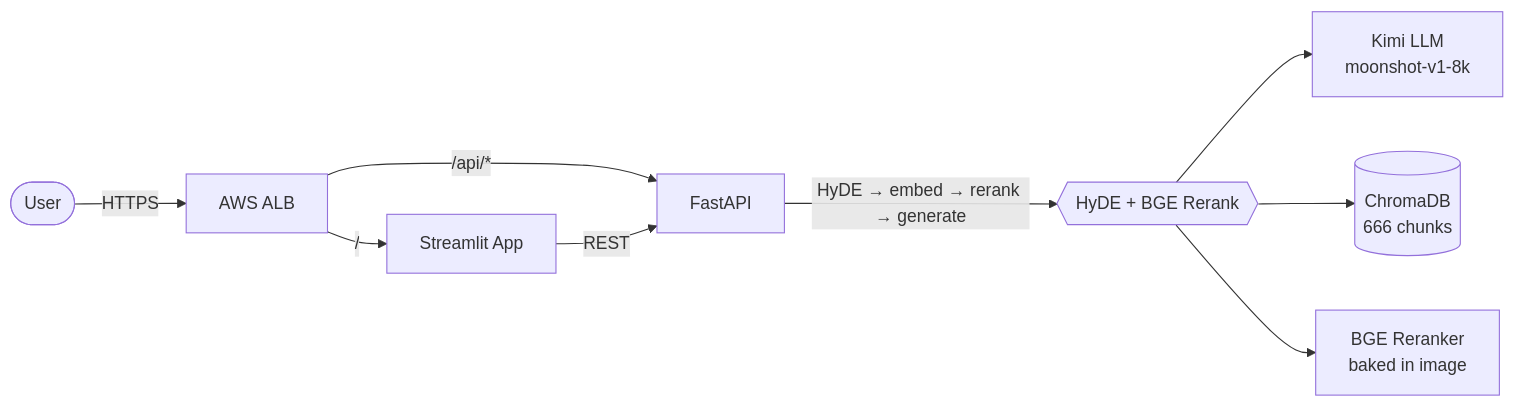
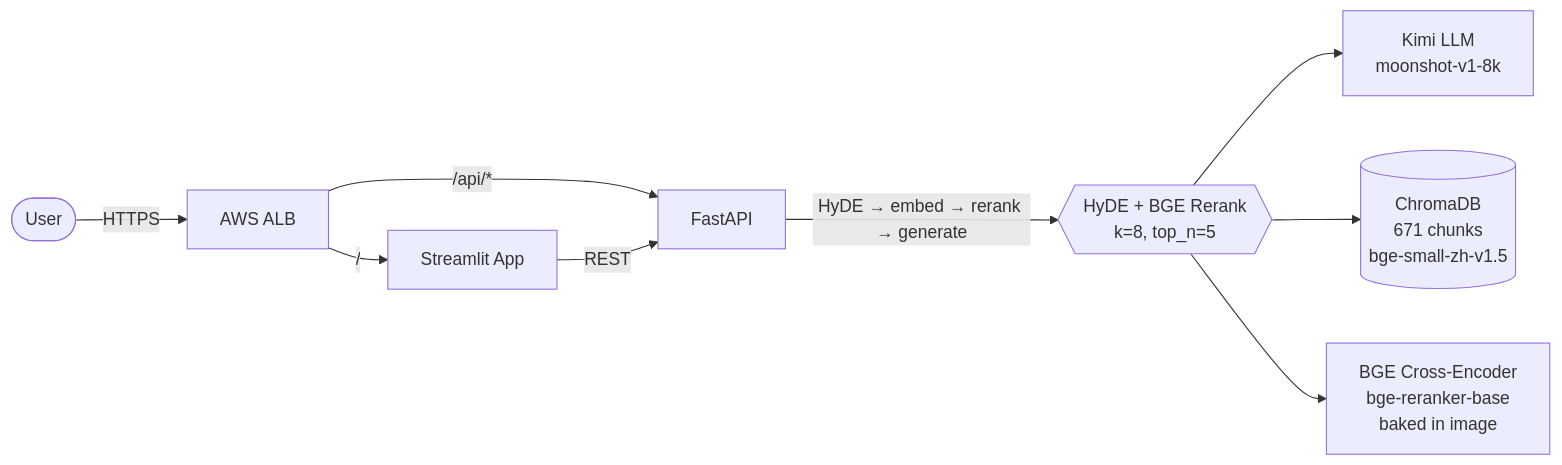
One commit to Yanko96/Chinese-Fortune-Telling changed the diagram in README.md. Above: the diagram before and after it, drawn with Mermaid. The commit also changed other lines of this file, not shown here.

First line of the commit message:
docs(readme): rebalance HyDE+Rerank vs Graph RAG coverage

````diff
--- a/README.md
+++ b/README.md
@@ -17,11 +20,11 @@
 ```mermaid
 flowchart LR
     User([User]) -->|HTTPS| ALB[AWS ALB]
     ALB -->|/| Streamlit[Streamlit App]
     ALB -->|/api/*| API[FastAPI]
     Streamlit -->|REST| API
-    API -->|HyDE → embed → rerank → generate| Pipeline{{HyDE + BGE Rerank}}
+    API -->|HyDE → embed → rerank → generate| Pipeline{{HyDE + BGE Rerank<br/>k=8, top_n=5}}
     Pipeline --> Kimi[Kimi LLM<br/>moonshot-v1-8k]
-    Pipeline --> Chroma[(ChromaDB<br/>666 chunks)]
-    Pipeline --> BGE[BGE Reranker<br/>baked in image]
+    Pipeline --> Chroma[(ChromaDB<br/>671 chunks<br/>bge-small-zh-v1.5)]
+    Pipeline --> BGE[BGE Cross-Encoder<br/>bge-reranker-base<br/>baked in image]
 ```
````
